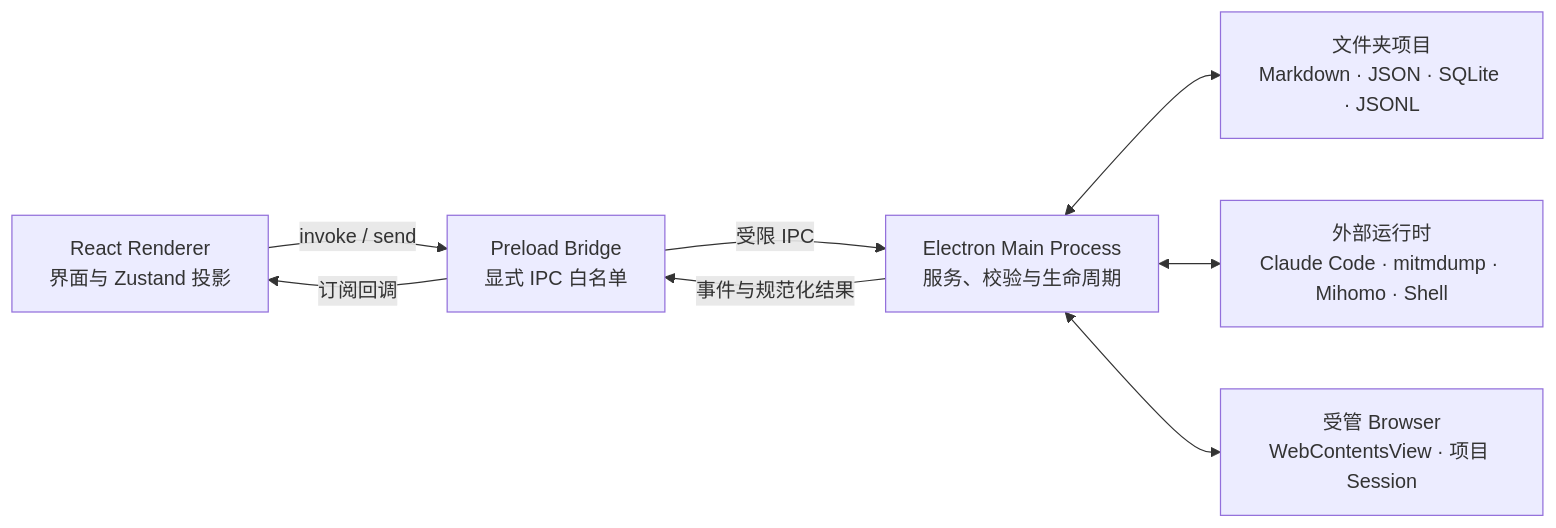
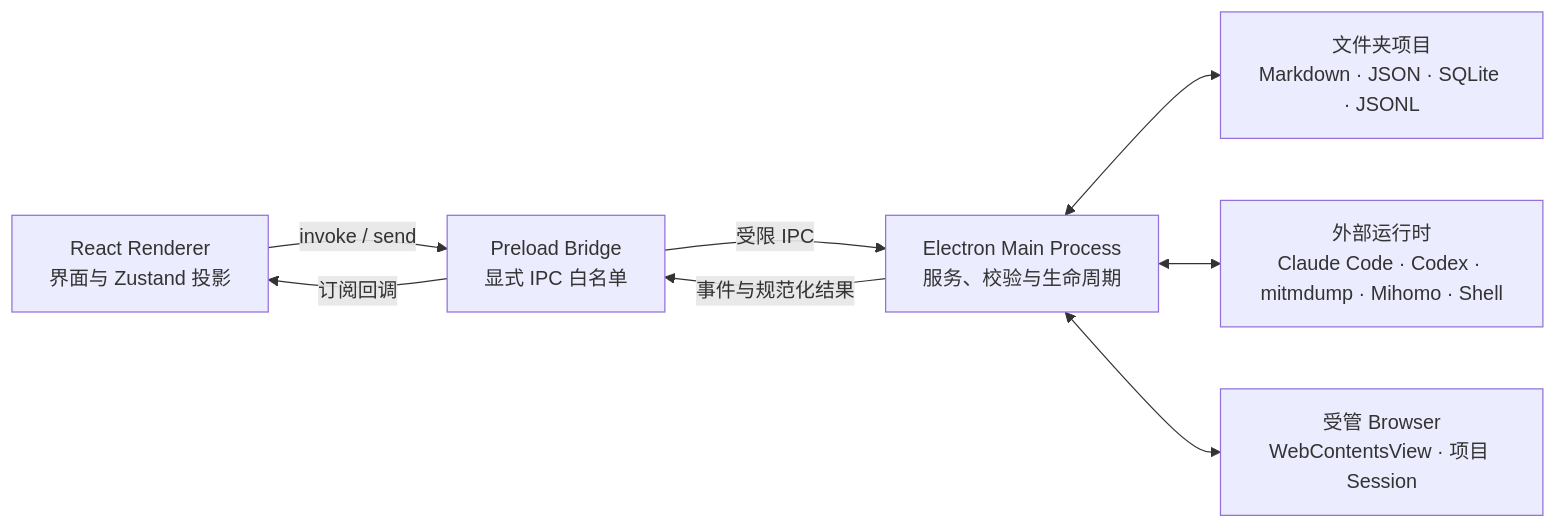
The diagram in docs/architecture.zh-CN.md (ABSllk/Hexestra), drawn with Mermaid before and after one commit. The commit also changed 15 other files, not shown here.

````diff
--- a/docs/architecture.zh-CN.md
+++ b/docs/architecture.zh-CN.md
@@ -17,17 +17,17 @@
 ```mermaid
 flowchart LR
     R["React Renderer<br/>界面与 Zustand 投影"]
     P["Preload Bridge<br/>显式 IPC 白名单"]
     M["Electron Main Process<br/>服务、校验与生命周期"]
     D["文件夹项目<br/>Markdown · JSON · SQLite · JSONL"]
-    X["外部运行时<br/>Claude Code · mitmdump · Mihomo · Shell"]
+    X["外部运行时<br/>Claude Code · Codex · mitmdump · Mihomo · Shell"]
     B["受管 Browser<br/>WebContentsView · 项目 Session"]
 
     R -->|invoke / send| P
     P -->|受限 IPC| M
     M -->|事件与规范化结果| P
     P -->|订阅回调| R
     M <--> D
     M <--> X
     M <--> B
 ```
````
